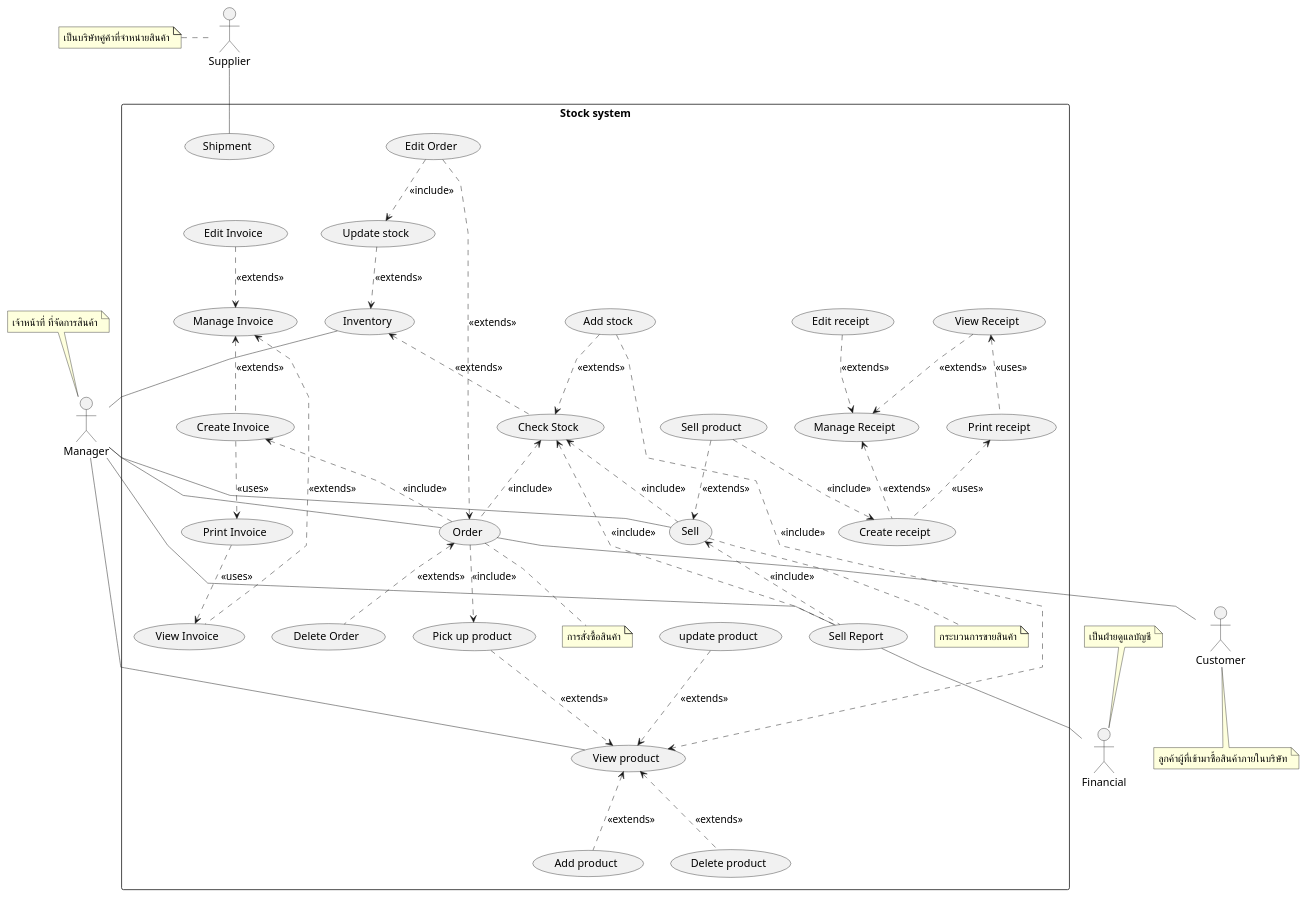
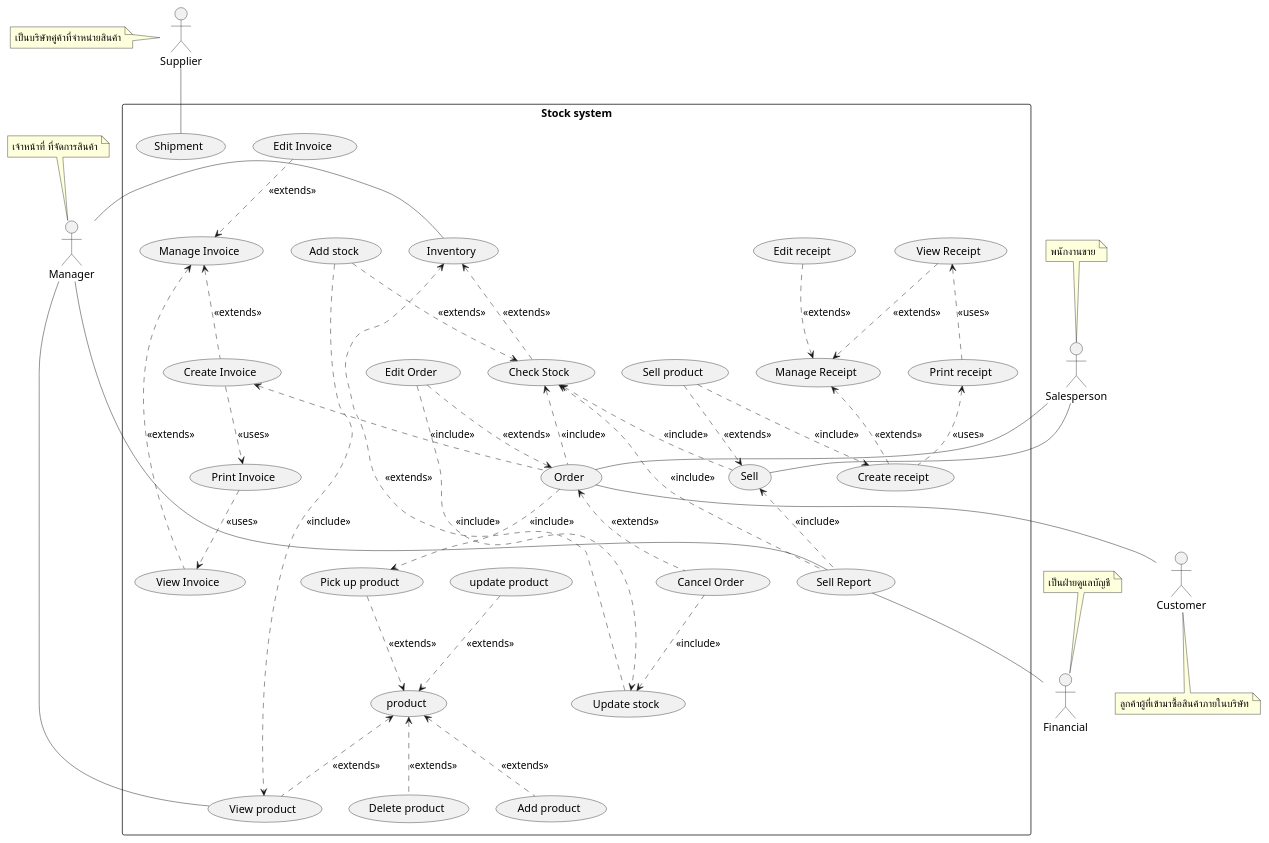
Before and after one commit to billowdev/inventory-system-plantuml-sequelize-seeder-example: the diagram in system-analysis/usecase-diagram.puml, drawn with PlantUML.

Commit message:
product usecase

```diff
--- a/system-analysis/usecase-diagram.puml
+++ b/system-analysis/usecase-diagram.puml
@@ -1,185 +1,196 @@
 @startuml
 'https://plantuml.com/sequence-diagram
 
-skinparam linetype polyline
+'skinparam linetype polyline
 'skinparam linetype ortho
 
 skinparam Arrow{
     Thickness .6
 }
 skinparam Participant{
     FontColor #efefef
     BorderColor #c0c0c0
 }
 skinparam Sequence{
     ParticipantBorderThickness .5
     LifeLineBorderColor #8a8a8a
 }
 
 ' =================== Customer ===================
 ' role - ผู้ที่เข้ามาเพื่อซื้อสินค้าภายในบริษัท
 ' duty - ทำให้เกิดการซื้อขายสินค้า
 actor Customer as actorCustomer
 note bottom of actorCustomer : ลูกค้าผู้ที่เข้ามาซื้อสินค้าภายในบริษัท
 ' =================== Manager ===================
 ' role - เจ้าหน้าที่ ที่จัดการสินค้า ให้คงคลังสินค้าอยู่เสมอ
 ' duty - บริหารจัดการ stock สินค้า ทั้งการจำหน่ายออก และการรับสินค้ารวมถึงการ
 ' ออกใบสั่งของ การเช็คสินค้าและการทำรายงานต่างๆ
 actor Manager as actorManager
 note top of actorManager : เจ้าหน้าที่ ที่จัดการสินค้า
 ' =================== Supplier ===================
 ' role - เป็นบริษัทคู่ค้าที่จำหน่ายสินค้าหรือวัตถุดิบให้กับบริษัท
 ' duty - ขายและจัดส่งสินค้าตามใบสั่งของ
 actor Supplier as actorSupplier
 note left of actorSupplier : เป็นบริษัทคู่ค้าที่จำหน่ายสินค้า
 ' =================== Financial ===================
 ' role - เป็นฝ่ายดูแลบัญชีและการเงินของบริษัท
 ' duty - รับข้อมูลการซื้อและขายสินค้า
 actor Financial as actorFinancial
 note top of actorFinancial : เป็นฝ่ายดูแลบัญชี
 
+actor Salesperson as actorSalesperson
+note top of actorSalesperson : พนักงานขาย
+
+
 ' =================== Stock System ===================
 rectangle "Stock system" as stockSystem {
 
     ' ================ Selling ================
     ' กระบวนการขายสินค้า
     usecase (Sell) as (usecaseSell)
-    note bottom of usecaseSell : กระบวนการขายสินค้า
+    '    note bottom of usecaseSell : กระบวนการขายสินค้า
 
 
     '    การขายสินค้า
     usecase (Sell product) as (usecaseSellProduct)
     '    การตรวจสอบยอดสินค้า
 
     '    ออกใบเสร็จ
     usecase (Manage Receipt) as (usecaseReceipt)
     usecase (View Receipt) as (usecaseViewReceipt)
     usecase (Print receipt) as (usecasePrintReceipt)
     usecase (Edit receipt) as (usecaseEditReceipt)
     usecase (Create receipt) as (usecaseCreateReceipt)
 
     ' ================ Ordering ================
     '    การสั่งซื้อสินค้า
 
     usecase (Order) as (usecaseOrder)
-    note bottom of usecaseOrder : การสั่งซื้อสินค้า
+    '    note bottom of usecaseOrder : การสั่งซื้อสินค้า
     usecase (Edit Order) as (usecaseEditOrder)
-    usecase (Delete Order) as (usecaseDeleteOrder)
+    usecase (Cancel Order) as (usecaseDeleteOrder)
 
     '    การลงรับสินค้า
 
     ' ================ Reporting ================
     '   การทำรายงาน
     usecase (Sell Report) as (usecaseSellReport)
 
 
     ' ================ Product ================
     '    การสั่งซื้อสินค้า
-    usecase (View product) as (usecaseProduct)
+    usecase (product) as (usecaseProduct)
+    usecase (View product) as (usecaseViewProduct)
 
     usecase (Add product) as (usecaseAddProduct)
     usecase (update product) as (usecaseUpdateProduct)
     usecase (Delete product) as (usecaseDeleteProduct)
 
     usecase (Pick up product) as (usecasePickUpProduct)
 
     ' ================ Stock ================
     usecase (Inventory) as (usecaseInventory)
     usecase (Check Stock) as (usecaseCheckStock)
     usecase (Add stock) as (usecaseAddStock)
     usecase (Update stock) as (usecaseUpdateStock)
 
     ' ================ Invoice ================
     usecase (Manage Invoice) as (usecaseInvoice)
     usecase (View Invoice) as (usecaseViewInvoice)
     usecase (Create Invoice) as (usecaseCreateInvoice)
     usecase (Edit Invoice) as (usecaseEditInvoice)
     usecase (Print Invoice) as (usecasePrintInvoice)
 
     ' ================ Shipment ================
     usecase (Shipment) as (usecaseShipment)
 
 
 
 
     '    ===================== Associate Flow =====================
 
     '    ================ actor - usecase Flow ================
     '   ความสัมพันธ์ระหว่าง actor และ usecase ในส่วนของการขาย
-    actorManager -- (usecaseSell)
+    actorSalesperson -- (usecaseSell)
 
     ' ===  ความสัมพันธ์ระหว่าง actor และ usecase ในส่วนของการสั่งซื้อสินค้า ===
-    actorManager -up- (usecaseOrder)
+    actorSalesperson -- (usecaseOrder)
     (usecaseOrder) -- actorCustomer
 
     ' ===  ความสัมพันธ์ระหว่าง actor และ usecase ในส่วนของการสออกรายงาน ===
     actorManager --- (usecaseSellReport)
     actorFinancial -up- (usecaseSellReport)
 
     actorManager - (usecaseInventory)
-    actorManager -- (usecaseProduct)
+    actorManager -- (usecaseViewProduct)
 
     actorSupplier -down- (usecaseShipment)
 
     '================ usecase - usecase Flow ================
 
 
     (usecaseProduct) <.. (usecaseAddProduct)  : <<extends>>
     (usecaseUpdateProduct) ..> (usecaseProduct) : <<extends>>
     (usecaseProduct) <.. (usecaseDeleteProduct)  : <<extends>>
     (usecasePickUpProduct) ..> (usecaseProduct) : <<extends>>
+    (usecaseProduct) <.. (usecaseViewProduct) : <<extends>>
 
     ' ================ Stock ================
     (usecaseAddStock) ..> (usecaseCheckStock) : <<extends>>
-    (usecaseAddStock) ..> (usecaseProduct) : <<include>>
+
+    (usecaseAddStock) ..> (usecaseViewProduct) : <<include>>
 
     (usecaseUpdateStock) ..> (usecaseInventory) : <<extends>>
 
     (usecaseInventory) <.. (usecaseCheckStock) : <<extends>>
 
     ' ================ Sell ================
     (usecaseSellProduct) ..> (usecaseSell) : <<extends>>
     (usecaseCheckStock) <.. (usecaseSell)    : <<include>>
 
     (usecaseSellProduct)  ..> (usecaseCreateReceipt) : <<include>>
 
 
     '   การลงรับสินค้า เป็นส่วนหนึ่งของกระบวนการสั่งซื้อสินค้า
     (usecaseOrder) ..> (usecasePickUpProduct) : <<include>>
 
     '   การปรับปรุงยอดสินค้า เป็นส่วนหนึ่งของกระบวนการสั่งซื้อสินค้า
     (usecaseCheckStock) <.. (usecaseOrder) : <<include>>
 
     ' ================ Order ================
     (usecaseOrder) <.. (usecaseDeleteOrder) : <<extends>>
     (usecaseEditOrder) ..> (usecaseOrder) : <<extends>>
+
     (usecaseEditOrder) ..> (usecaseUpdateStock) : <<include>>
+
+    (usecaseDeleteOrder) ..> (usecaseUpdateStock) : <<include>>
+
     (usecaseCreateInvoice) <.. (usecaseOrder) : <<include>>
 
     ' ================ Invoice ================
     (usecaseInvoice) <.. (usecaseViewInvoice) : <<extends>>
     (usecaseInvoice)  <..   (usecaseCreateInvoice): <<extends>>
     (usecaseEditInvoice) ..> (usecaseInvoice) : <<extends>>
 
     (usecaseCreateInvoice) ..> (usecasePrintInvoice) : <<uses>>
     (usecasePrintInvoice) ..> (usecaseViewInvoice) : <<uses>>
 
     ' ================ Receipt ================
     (usecaseCreateReceipt) .up.> (usecaseReceipt) : <<extends>>
     (usecaseViewReceipt) ..> (usecaseReceipt) : <<extends>>
     (usecaseEditReceipt) ..> (usecaseReceipt) : <<extends>>
 
     (usecaseCreateReceipt) .up.> (usecasePrintReceipt) : <<uses>>
     (usecaseViewReceipt)  <..   (usecasePrintReceipt): <<uses>>
 
     ' ================ Reporting ================
     '   การทำรายงาน
 
     (usecaseSell) <..  (usecaseSellReport)   : <<include>>
     (usecaseCheckStock) <..  (usecaseSellReport)   : <<include>>
 
     ' ================ Shipment ================
 
 }
 
 @enduml
```
